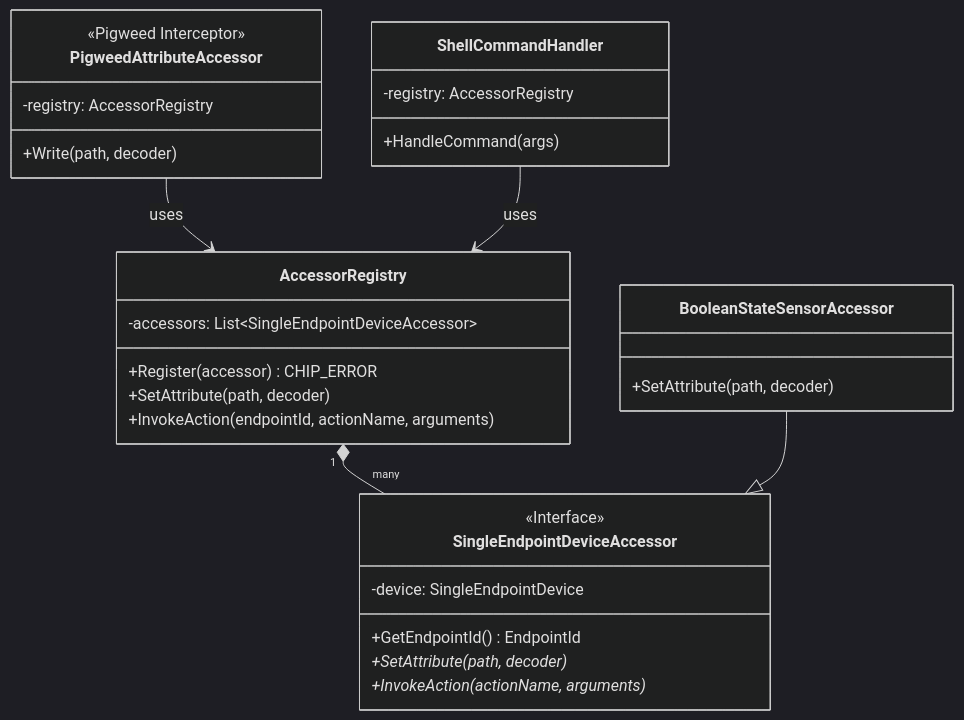
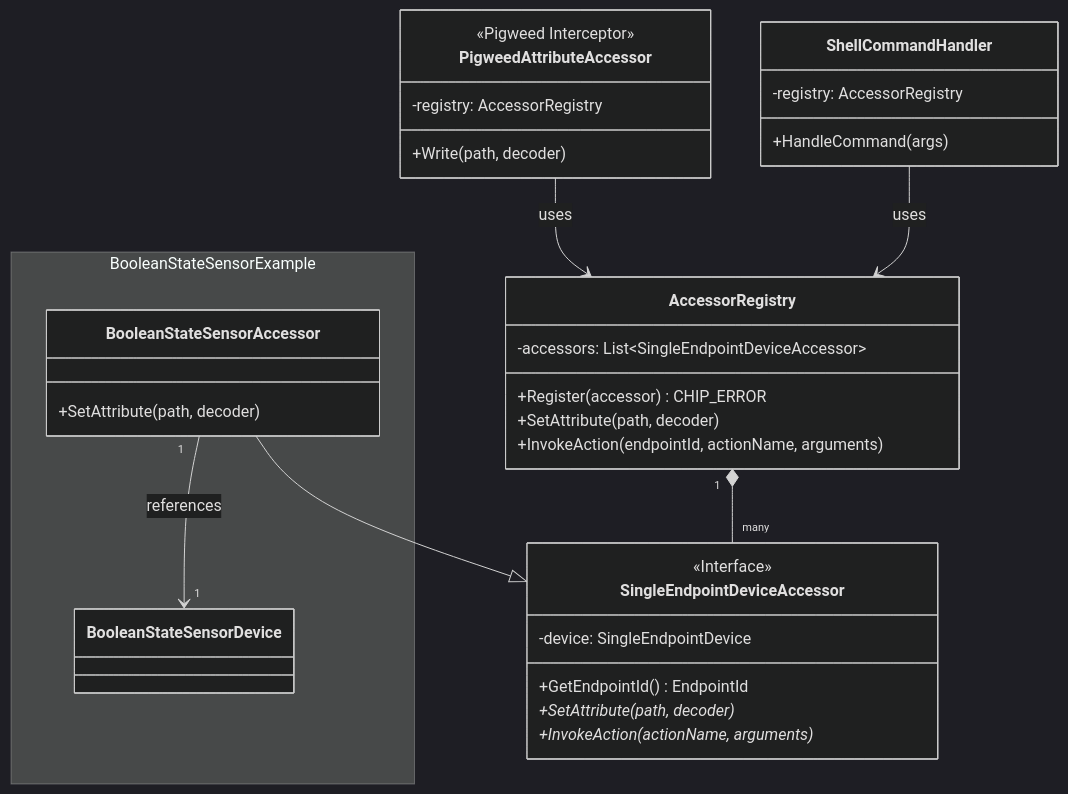
The diagram in examples/all-devices-app/all-devices-common/accessors/README.md (project-chip/connectedhomeip), drawn with Mermaid (dark theme) before and after one commit.

Commit message:
Polish readme

````diff
--- a/examples/all-devices-app/all-devices-common/accessors/README.md
+++ b/examples/all-devices-app/all-devices-common/accessors/README.md
@@ -17,33 +17,40 @@
 ```mermaid
 classDiagram
     class AccessorRegistry {
         -accessors: List~SingleEndpointDeviceAccessor~
         +Register(accessor) CHIP_ERROR
         +SetAttribute(path, decoder)
         +InvokeAction(endpointId, actionName, arguments)
     }
     class SingleEndpointDeviceAccessor {
         <<Interface>>
         -device: SingleEndpointDevice
         +GetEndpointId() EndpointId
         +SetAttribute(path, decoder)*
         +InvokeAction(actionName, arguments)*
     }
-    class BooleanStateSensorAccessor {
-        +SetAttribute(path, decoder)
+
+    namespace BooleanStateSensorExample {
+        class BooleanStateSensorAccessor {
+            +SetAttribute(path, decoder)
+        }
+        class BooleanStateSensorDevice {
+        }
     }
+
     class PigweedAttributeAccessor {
         <<Pigweed Interceptor>>
         -registry: AccessorRegistry
         +Write(path, decoder)
     }
     class ShellCommandHandler {
         -registry: AccessorRegistry
         +HandleCommand(args)
     }
 
     AccessorRegistry "1" *-- "many" SingleEndpointDeviceAccessor
     BooleanStateSensorAccessor --|> SingleEndpointDeviceAccessor
+    BooleanStateSensorAccessor "1" --> "1" BooleanStateSensorDevice : references
     PigweedAttributeAccessor --> AccessorRegistry : uses
     ShellCommandHandler --> AccessorRegistry : uses
 ```
````
